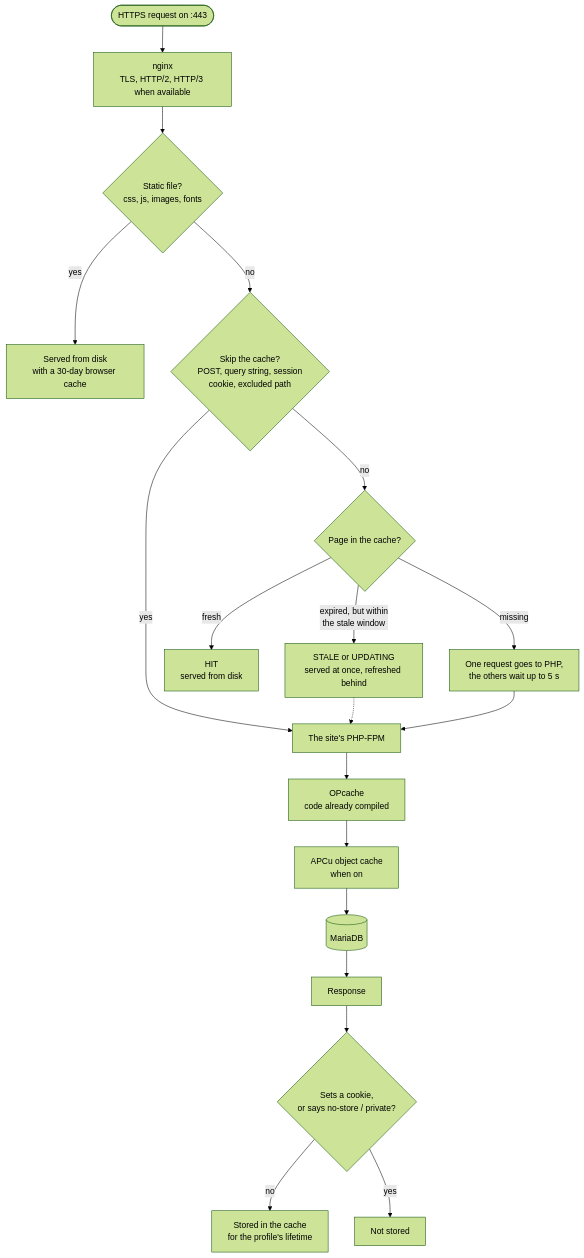
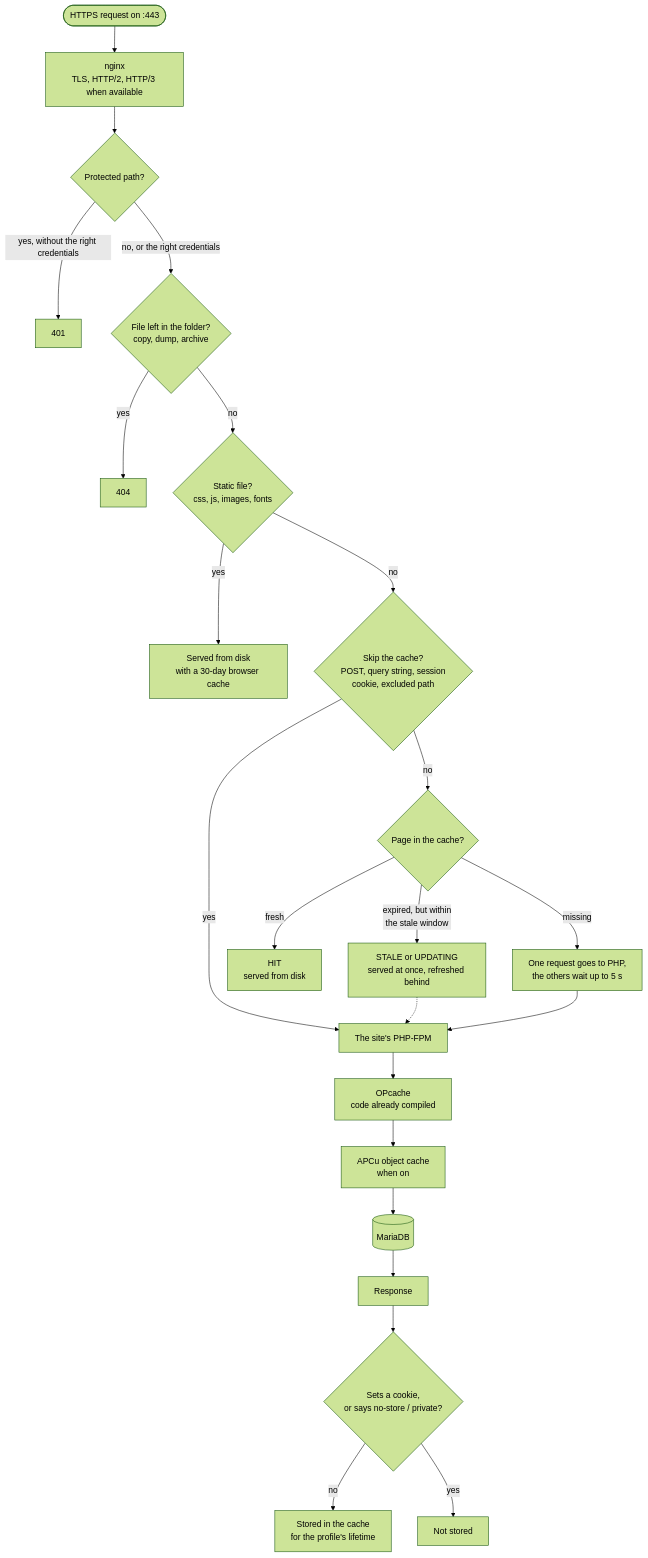
Before and after one commit to cloudground-it/cloudground-docs: the diagram in i18n/en/docusaurus-plugin-content-docs/current/explanation/request-path.mdx, drawn with Mermaid (forest theme). The commit also changed other lines of this file and 5 other files, not shown here.

````diff
--- a/i18n/en/docusaurus-plugin-content-docs/current/explanation/request-path.mdx
+++ b/i18n/en/docusaurus-plugin-content-docs/current/explanation/request-path.mdx
@@ -17,21 +17,25 @@
 ```mermaid
 flowchart TD
   req(["HTTPS request on :443"]) --> tls["nginx<br/>TLS, HTTP/2, HTTP/3 when available"]
-  tls --> asset{"Static file?<br/>css, js, images, fonts"}
+  tls --> auth{"Protected path?"}
+  auth -- "yes, without the right credentials" --> e401["401"]
+  auth -- "no, or the right credentials" --> left{"File left in the folder?<br/>copy, dump, archive"}
+  left -- "yes" --> e404["404"]
+  left -- "no" --> asset{"Static file?<br/>css, js, images, fonts"}
   asset -- "yes" --> disk["Served from disk<br/>with a 30-day browser cache"]
   asset -- "no" --> skip{"Skip the cache?<br/>POST, query string, session<br/>cookie, excluded path"}
   skip -- "yes" --> php
   skip -- "no" --> lookup{"Page in the cache?"}
   lookup -- "fresh" --> hit["HIT<br/>served from disk"]
   lookup -- "expired, but within<br/>the stale window" --> stale["STALE or UPDATING<br/>served at once, refreshed behind"]
   lookup -- "missing" --> lock["One request goes to PHP,<br/>the others wait up to 5 s"]
   stale -.-> php
   lock --> php["The site's PHP-FPM"]
   php --> opc["OPcache<br/>code already compiled"]
   opc --> oc["APCu object cache<br/>when on"]
   oc --> maria[("MariaDB")]
   maria --> resp["Response"]
   resp --> store{"Sets a cookie,<br/>or says no-store / private?"}
   store -- "no" --> save["Stored in the cache<br/>for the profile's lifetime"]
   store -- "yes" --> nosave["Not stored"]
 ```
````
